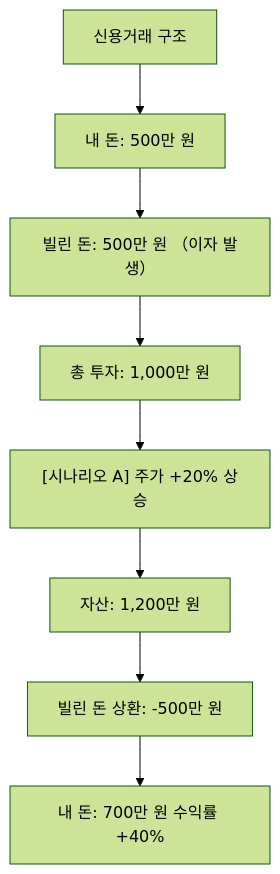
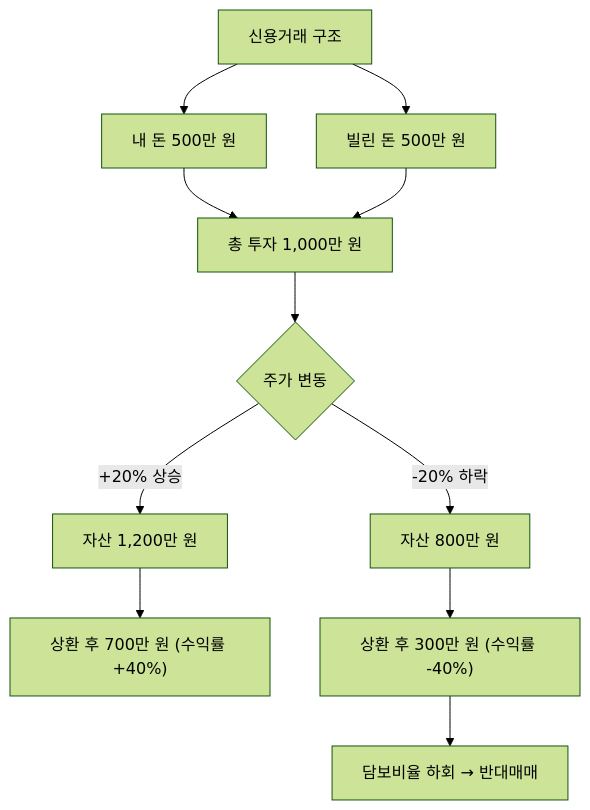
The diagram in content/stock-terms/ko/level-02-market-trading/margin-trading.md (yeongseon/stock-visual-note), drawn with Mermaid (forest theme) before and after one commit. The commit also changed other lines of this file and 96 other files, not shown here.

Commit message:
Rewrite all 98 remaining articles: branching Mermaid diagrams, natural search_intent, compelling seo_titles, clean descriptions

````diff
--- a/content/stock-terms/ko/level-02-market-trading/margin-trading.md
+++ b/content/stock-terms/ko/level-02-market-trading/margin-trading.md
@@ -54,18 +54,14 @@
 ```mermaid
 graph TD
-    N0["신용거래 구조"]
-    N1["내 돈: 500만 원"]
-    N2["빌린 돈: 500만 원 （이자 발생）"]
-    N3["총 투자: 1,000만 원"]
-    N4["[시나리오 A] 주가 +20% 상승"]
-    N5["자산: 1,200만 원"]
-    N6["빌린 돈 상환: -500만 원"]
-    N7["내 돈: 700만 원 수익률 +40%"]
-    N0 --> N1
-    N1 --> N2
-    N2 --> N3
-    N3 --> N4
-    N4 --> N5
-    N5 --> N6
-    N6 --> N7
+    A["신용거래 구조"]
+    A --> B["내 돈 500만 원"]
+    A --> C["빌린 돈 500만 원"]
+    B --> D["총 투자 1,000만 원"]
+    C --> D
+    D --> E{"주가 변동"}
+    E -->|+20% 상승| F["자산 1,200만 원"]
+    E -->|-20% 하락| G["자산 800만 원"]
+    F --> H["상환 후 700만 원 (수익률 +40%)"]
+    G --> I["상환 후 300만 원 (수익률 -40%)"]
+    I --> J["담보비율 하회 → 반대매매"]
 ```
````
